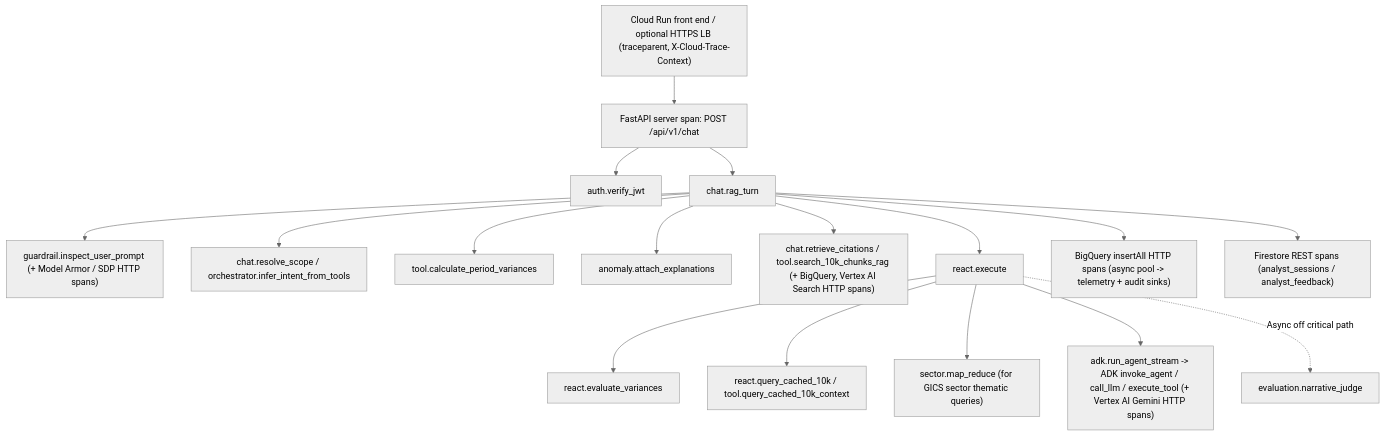
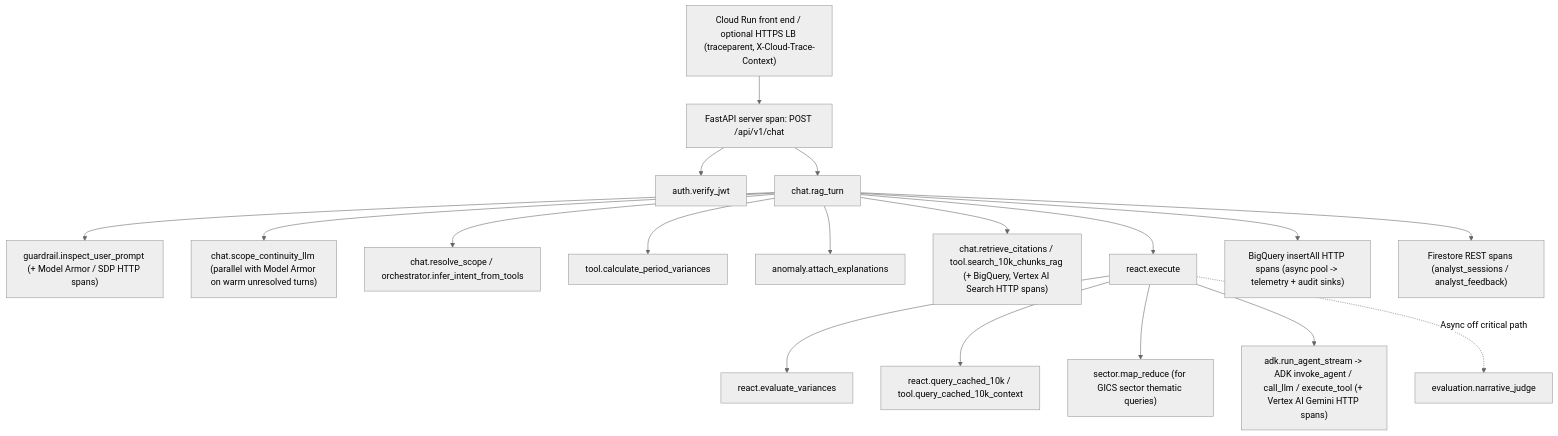
The diagram in docs/observability.md (jackbetcher-work/edgar_capstone), drawn with Mermaid (neutral theme) before and after one commit. The commit also changed other lines of this file and 13 other files, not shown here.

````diff
--- a/docs/observability.md
+++ b/docs/observability.md
@@ -17,19 +17,20 @@
 ```mermaid
 flowchart TD
     LB["Cloud Run front end / optional HTTPS LB (traceparent, X-Cloud-Trace-Context)"] --> S["FastAPI server span: POST /api/v1/chat"]
     S --> A["auth.verify_jwt"]
     S --> T["chat.rag_turn"]
     T --> G["guardrail.inspect_user_prompt (+ Model Armor / SDP HTTP spans)"]
+    T --> SC["chat.scope_continuity_llm (parallel with Model Armor on warm unresolved turns)"]
     T --> R["chat.resolve_scope / orchestrator.infer_intent_from_tools"]
     T --> V["tool.calculate_period_variances"]
     T --> AN["anomaly.attach_explanations"]
     T --> C["chat.retrieve_citations / tool.search_10k_chunks_rag (+ BigQuery, Vertex AI Search HTTP spans)"]
     T --> X["react.execute"]
     X --> E["react.evaluate_variances"]
     X --> Q["react.query_cached_10k / tool.query_cached_10k_context"]
     X --> M["sector.map_reduce (for GICS sector thematic queries)"]
     X --> L["adk.run_agent_stream -> ADK invoke_agent / call_llm / execute_tool (+ Vertex AI Gemini HTTP spans)"]
     X -.->|Async off critical path| J["evaluation.narrative_judge"]
     T --> B["BigQuery insertAll HTTP spans (async pool -> telemetry + audit sinks)"]
     T --> FS["Firestore REST spans (analyst_sessions / analyst_feedback)"]
 ```
````
